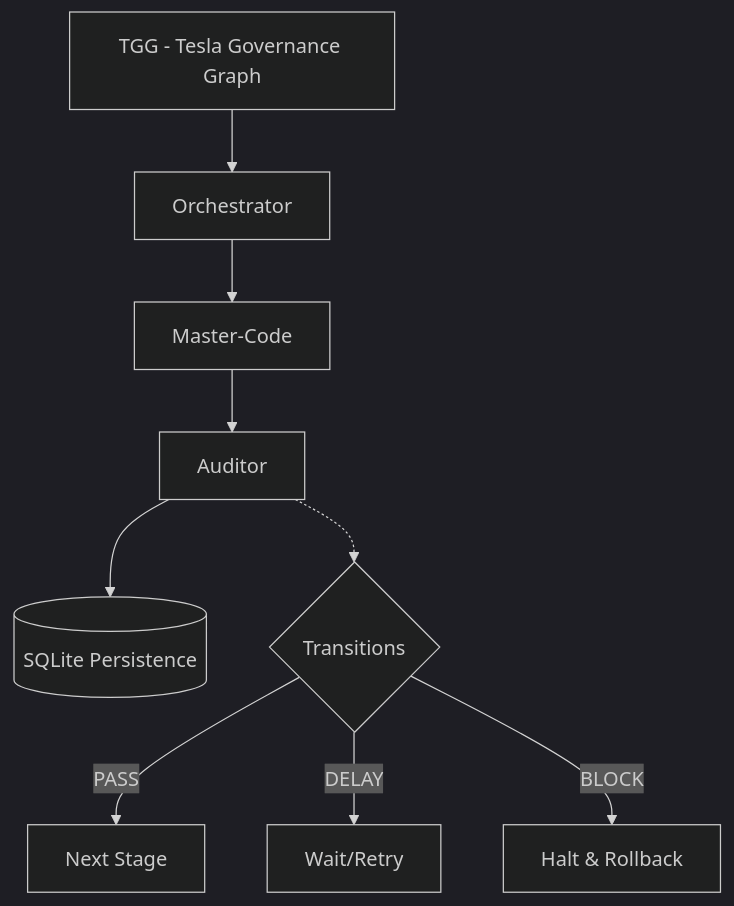
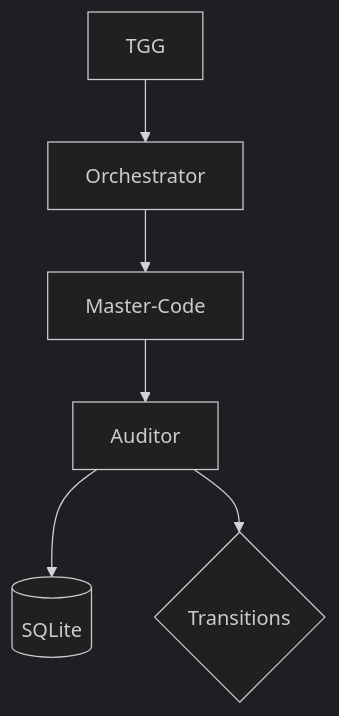
Before and after one commit to lordmahonheim-bot/Tesla-Antigravity-CLI: the diagram in 28-Loop-Engineering/README.md, drawn with Mermaid (dark theme). The commit also changed other lines of this file and 16 other files, not shown here.

Commit message:
docs(mvp-28): final integration README, architecture diagrams, test scenarios

````diff
--- a/28-Loop-Engineering/README.md
+++ b/28-Loop-Engineering/README.md
@@ -7,11 +6,8 @@
 ```mermaid
 graph TD
-    A[TGG - Tesla Governance Graph] --> B[Orchestrator]
-    B --> C[Master-Code]
-    C --> D[Auditor]
-    D --> E[(SQLite Persistence)]
-    D -.-> F{Transitions}
-    F -->|PASS| G[Next Stage]
-    F -->|DELAY| H[Wait/Retry]
-    F -->|BLOCK| I[Halt & Rollback]
+    TGG[TGG] --> Orch[Orchestrator]
+    Orch --> MC[Master-Code]
+    MC --> Auditor[Auditor]
+    Auditor --> SQL[(SQLite)]
+    Auditor --> Trans{Transitions}
 ```
````
